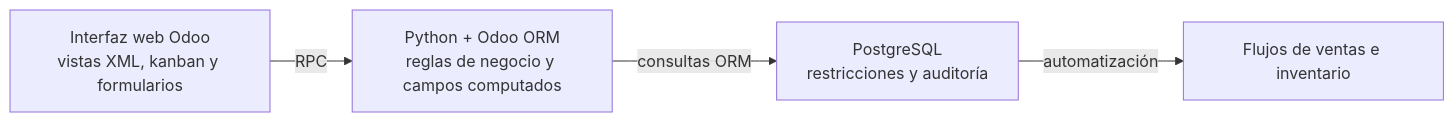
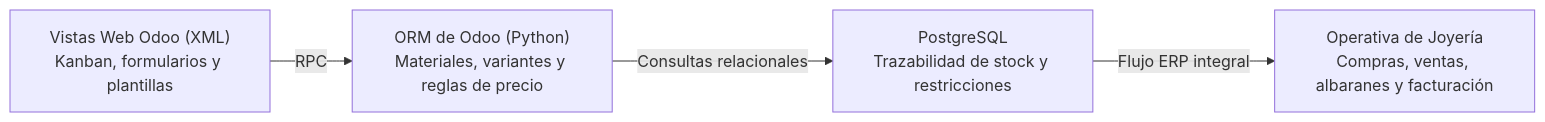
The third of 3 diagrams in README.es.md (Rorro101004/Rorro101004), drawn with Mermaid before and after one commit. The commit also changed other lines of this file and 1 other file, not shown here.

````diff
--- a/README.es.md
+++ b/README.es.md
@@ -99,6 +99,6 @@
 ```mermaid
 flowchart LR
-    A["Interfaz web Odoo<br/>vistas XML, kanban y formularios"] -->|RPC| B["Python + Odoo ORM<br/>reglas de negocio y campos computados"]
-    B -->|consultas ORM| C["PostgreSQL<br/>restricciones y auditoría"]
-    C -->|automatización| D["Flujos de ventas e inventario"]
+    A["Vistas Web Odoo (XML)<br/>Kanban, formularios y plantillas"] -->|RPC| B["ORM de Odoo (Python)<br/>Materiales, variantes y reglas de precio"]
+    B -->|Consultas relacionales| C["PostgreSQL<br/>Trazabilidad de stock y restricciones"]
+    C -->|Flujo ERP integral| D["Operativa de Joyería<br/>Compras, ventas, albaranes y facturación"]
 ```
````
